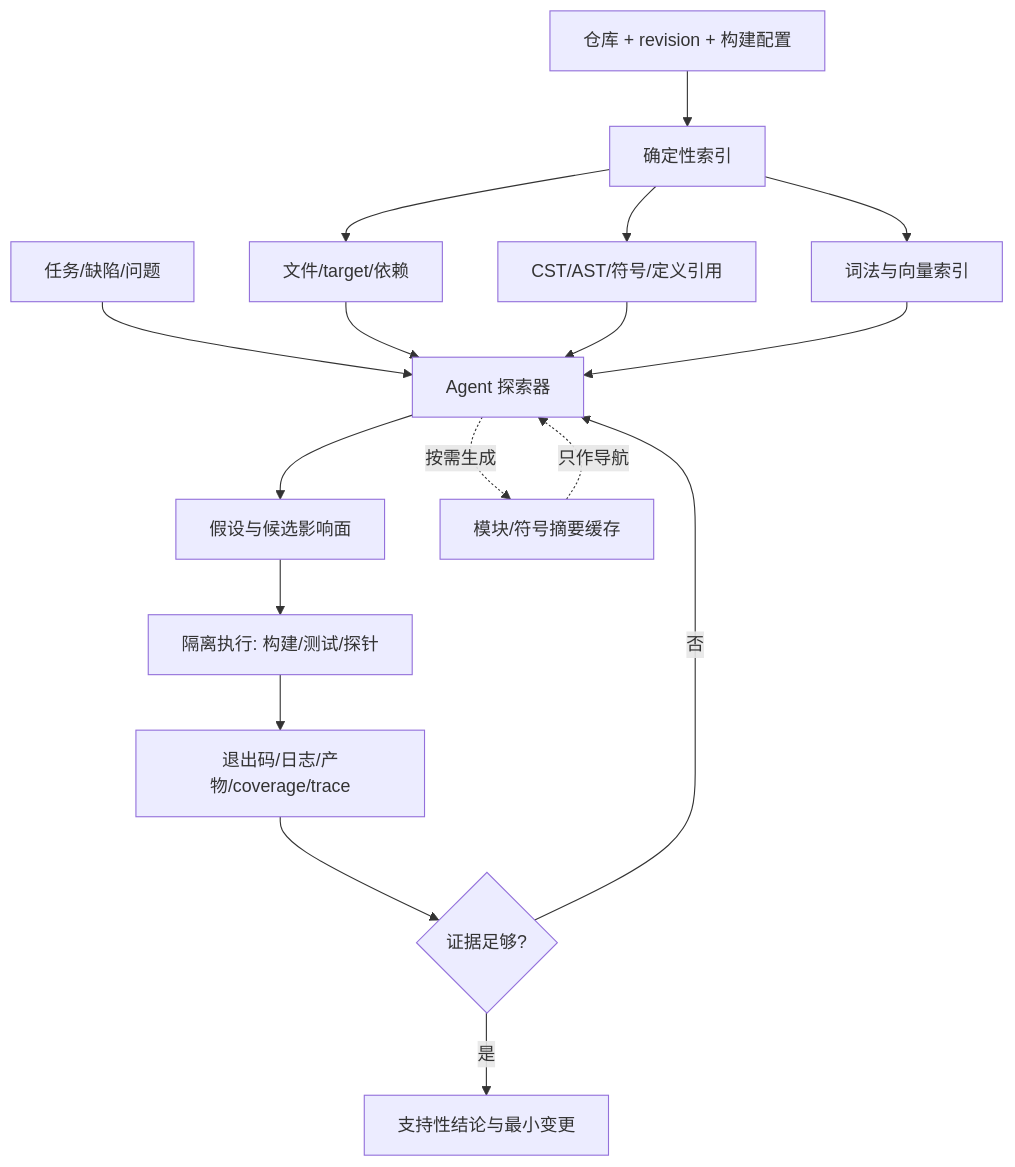
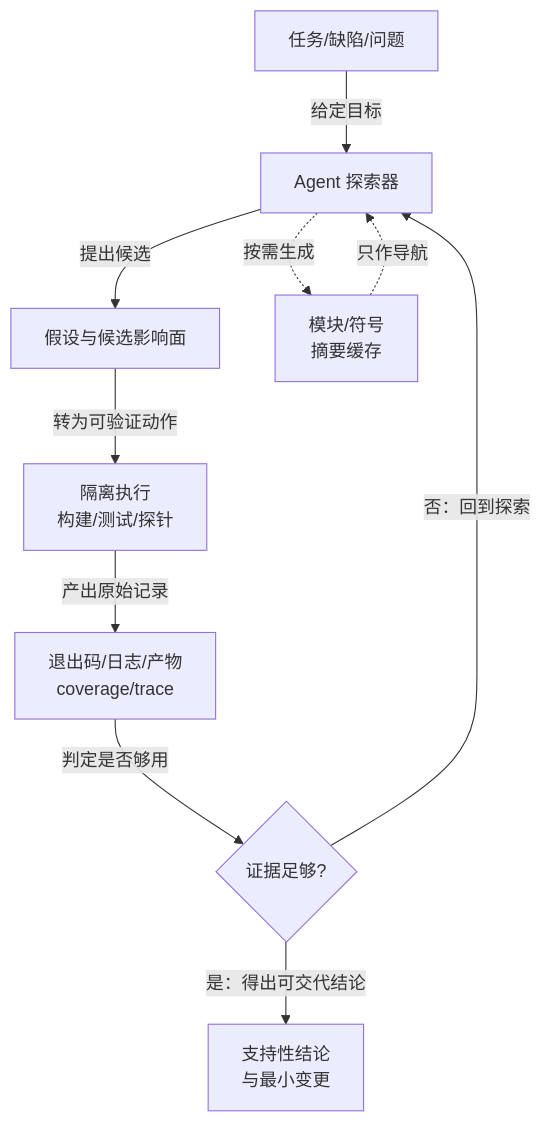
The third of 4 diagrams in vault/工程知识/AI 系统工程：从模型能力到生产能力/Agent与工作流/代码智能体需要结构索引、任务探索与运行证据.md (hub138/technical-knowledge), drawn with Mermaid before and after one commit. The commit also changed other lines of this file and 622 other files, not shown here.

````diff
--- a/vault/工程知识/AI 系统工程：从模型能力到生产能力/Agent与工作流/代码智能体需要结构索引、任务探索与运行证据.md
+++ b/vault/工程知识/AI 系统工程：从模型能力到生产能力/Agent与工作流/代码智能体需要结构索引、任务探索与运行证据.md
@@ -78,19 +110,12 @@
 ```mermaid
-flowchart TB
-    R[仓库 + revision + 构建配置] --> I[确定性索引]
-    I --> F[文件/target/依赖]
-    I --> S[CST/AST/符号/定义引用]
-    I --> X[词法与向量索引]
-    Q[任务/缺陷/问题] --> A[Agent 探索器]
-    F --> A
-    S --> A
-    X --> A
-    A --> H[假设与候选影响面]
-    H --> E[隔离执行: 构建/测试/探针]
-    E --> P[退出码/日志/产物/coverage/trace]
-    P --> G{证据足够?}
-    G -- 否 --> A
-    G -- 是 --> O[支持性结论与最小变更]
-    A -. 按需生成 .-> M[模块/符号摘要缓存]
+flowchart TD
+    Q[任务/缺陷/问题] -->|给定目标| A[Agent 探索器]
+    A -->|提出候选| H[假设与候选影响面]
+    H -->|转为可验证动作| E[隔离执行<br/>构建/测试/探针]
+    E -->|产出原始记录| P[退出码/日志/产物<br/>coverage/trace]
+    P -->|判定是否够用| G{证据足够?}
+    G -->|否：回到探索| A
+    G -->|是：得出可交代结论| O[支持性结论<br/>与最小变更]
+    A -. 按需生成 .-> M[模块/符号<br/>摘要缓存]
     M -. 只作导航 .-> A
 ```
````
